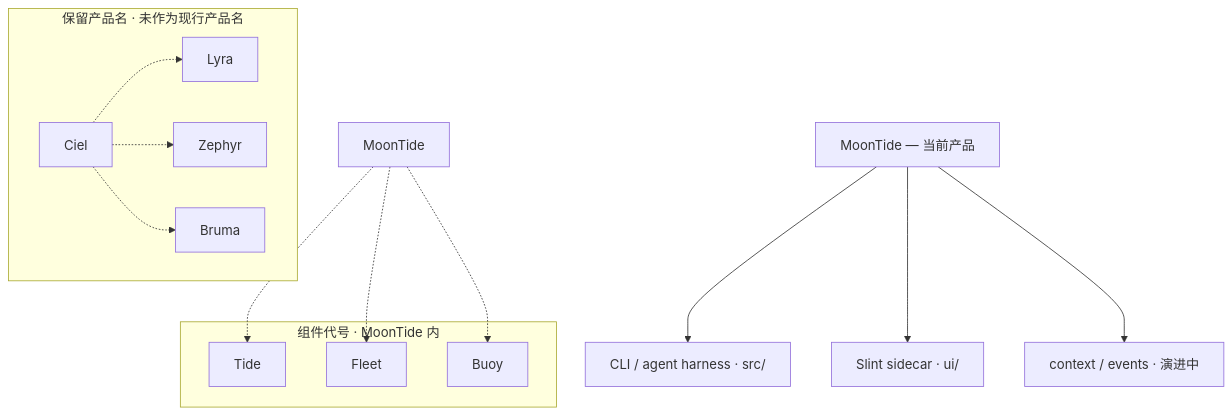
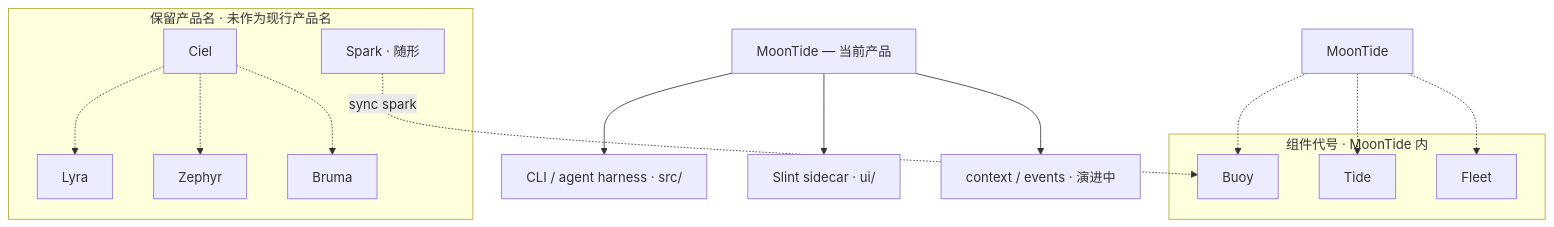
The diagram in docs/product/vision.md (chendpoc/moontide), drawn with Mermaid before and after one commit. The commit also changed other lines of this file and 167 other files, not shown here.

````diff
--- a/docs/product/vision.md
+++ b/docs/product/vision.md
@@ -40,27 +41,30 @@
 ```mermaid
 flowchart TB
   Now["MoonTide — 当前产品"]
   Now --> CLI["CLI / agent harness · src/"]
   Now --> UI["Slint sidecar · ui/"]
   Now --> Ctx["context / events · 演进中"]
 
   subgraph products [保留产品名 · 未作为现行产品名]
+    Spark["Spark · 随形"]
     Ciel["Ciel"]
     Lyra["Lyra"]
     Zephyr["Zephyr"]
     Bruma["Bruma"]
   end
+
+  Spark -.->|"sync spark"| Buoy
 
   subgraph panels [组件代号 · MoonTide 内]
     Tide["Tide"]
     Fleet["Fleet"]
     Buoy["Buoy"]
   end
 
   Ciel -.-> Lyra
   Ciel -.-> Zephyr
   Ciel -.-> Bruma
   MoonTide -.-> Tide
   MoonTide -.-> Fleet
   MoonTide -.-> Buoy
 ```
````
